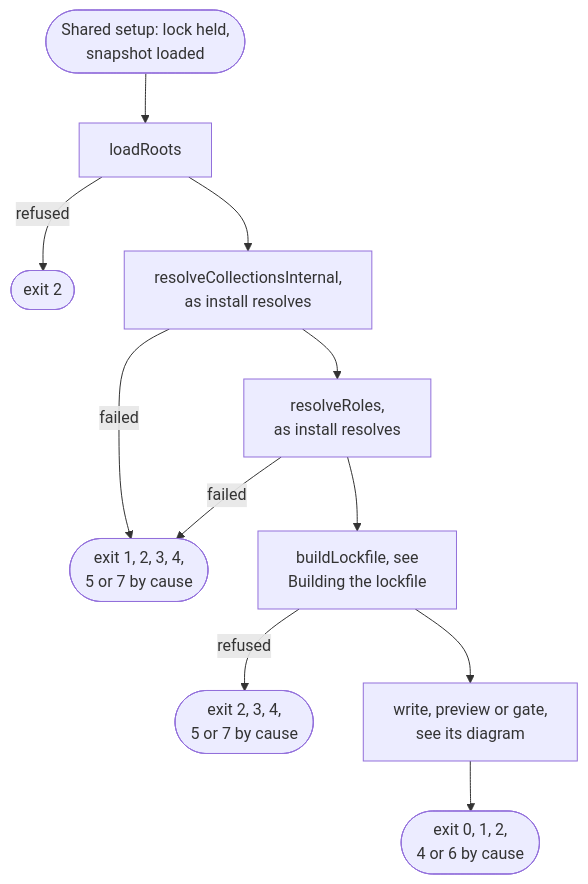
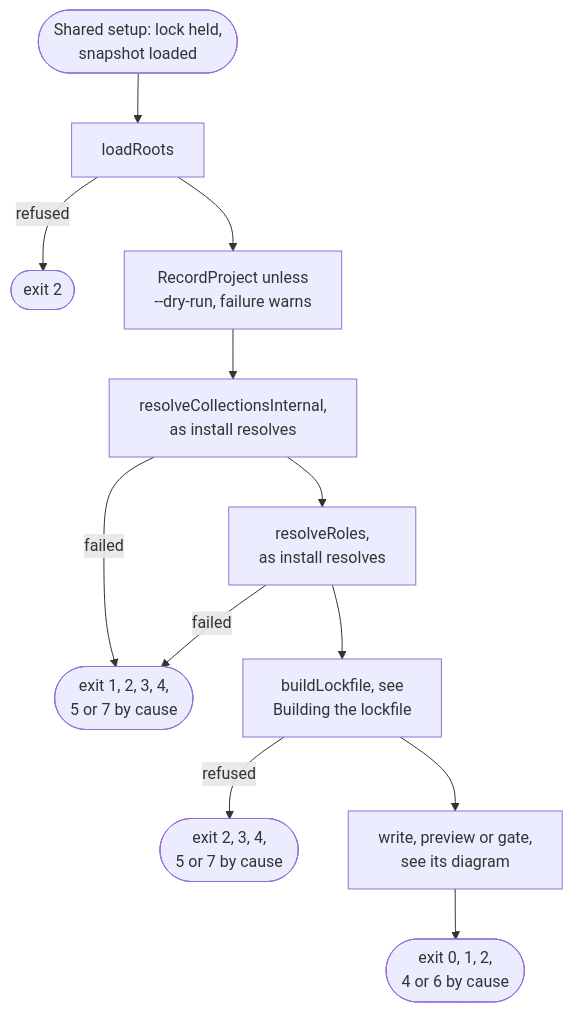
The first of 4 diagrams in docs/internals/flow-lock.md (greeddj/go-galaxy), drawn with Mermaid before and after one commit. The commit also changed other lines of this file and 17 other files, not shown here.

````diff
--- a/docs/internals/flow-lock.md
+++ b/docs/internals/flow-lock.md
@@ -11,13 +11,14 @@
 ```mermaid
 flowchart TD
   L1(["Shared setup: lock held,<br/>snapshot loaded"]) --> L2["loadRoots"]
   L2 -->|"refused"| X2(["exit 2"])
-  L2 --> L3["resolveCollectionsInternal,<br/>as install resolves"]
+  L2 --> L2R["RecordProject unless<br/>--dry-run, failure warns"]
+  L2R --> L3["resolveCollectionsInternal,<br/>as install resolves"]
   L3 -->|"failed"| XR(["exit 1, 2, 3, 4,<br/>5 or 7 by cause"])
   L3 --> L4["resolveRoles,<br/>as install resolves"]
   L4 -->|"failed"| XR
   L4 --> L5["buildLockfile, see<br/>Building the lockfile"]
   L5 -->|"refused"| XB(["exit 2, 3, 4,<br/>5 or 7 by cause"])
   L5 --> L6["write, preview or gate,<br/>see its diagram"]
   L6 --> XO(["exit 0, 1, 2,<br/>4 or 6 by cause"])
 ```
````
